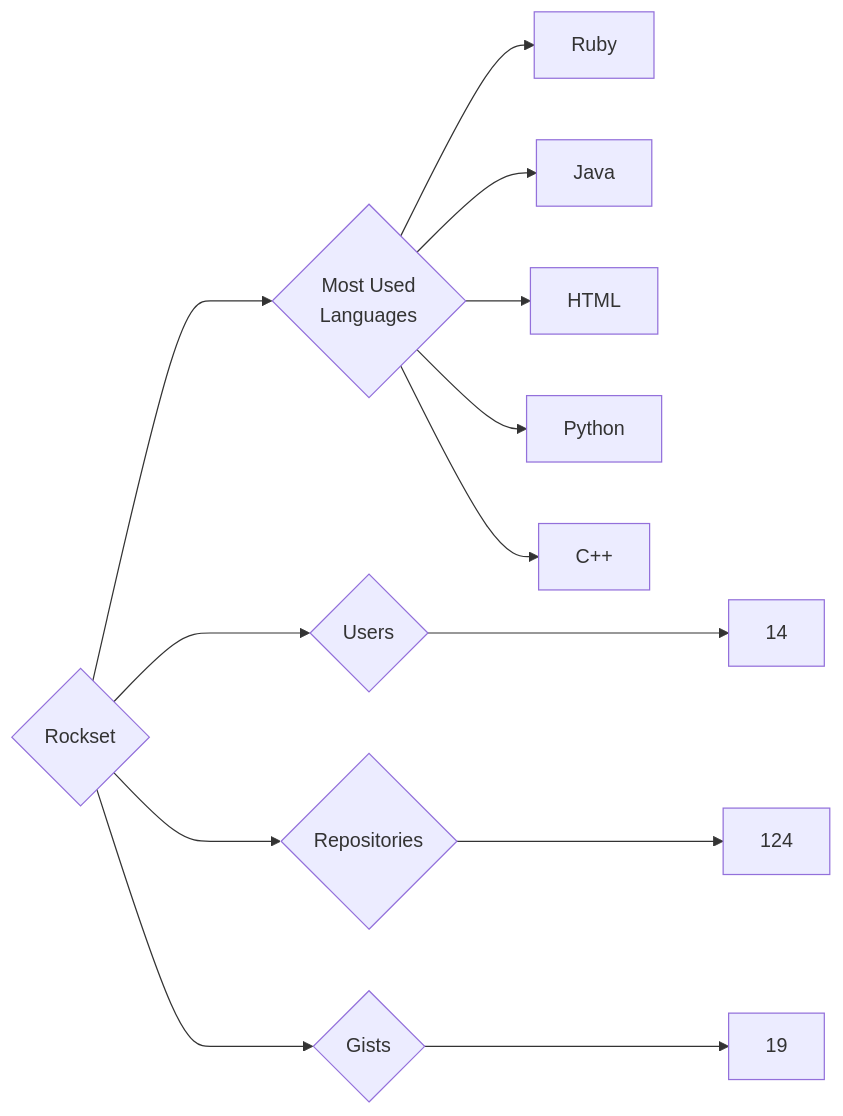
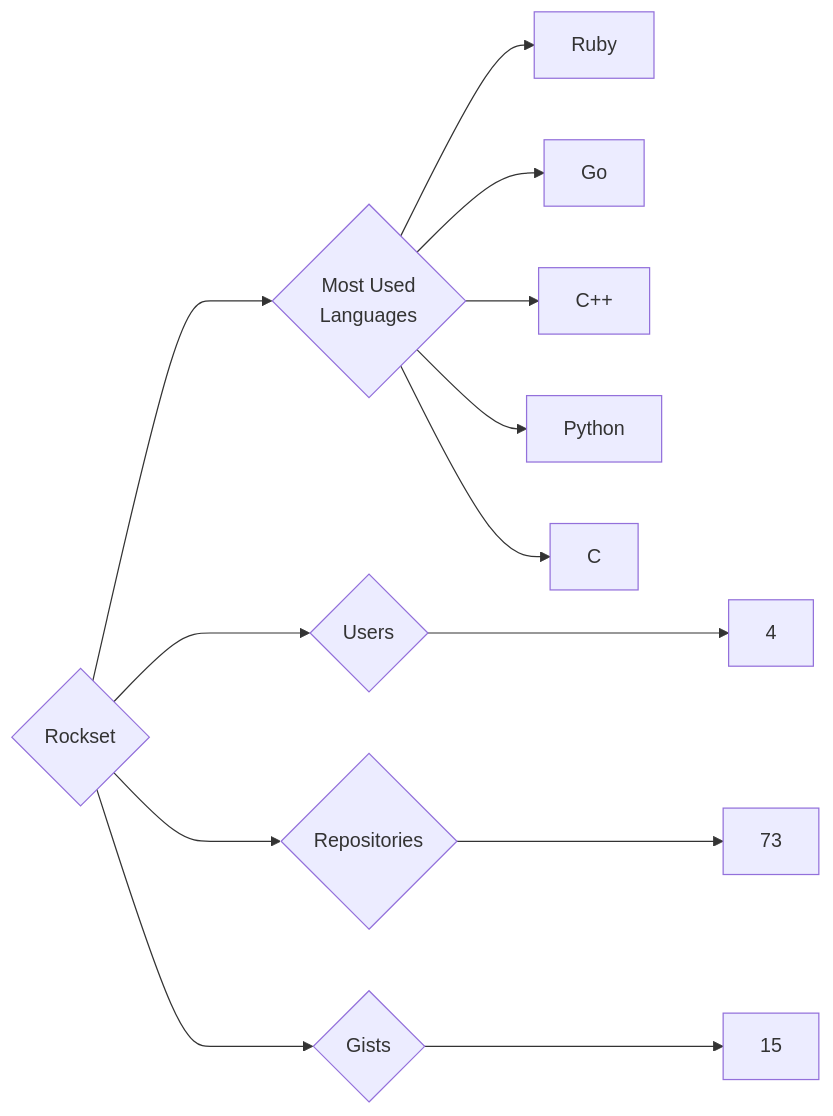
One commit to trickest/insiders changed the diagram in targets/Rockset/README.md. Above: the diagram before and after it, drawn with Mermaid. The commit also changed 799 other files, not shown here.

````diff
--- a/targets/Rockset/README.md
+++ b/targets/Rockset/README.md
@@ -3,13 +3,13 @@
 ```mermaid
 graph LR
 COMPANY_NAME{Rockset}
-COMPANY_NAME ---> U{Users} ---> UN[14]
-COMPANY_NAME ---> R{Repositories} ---> RN[124]
-COMPANY_NAME ---> G{Gists} ---> GN[19]
+COMPANY_NAME ---> U{Users} ---> UN[4]
+COMPANY_NAME ---> R{Repositories} ---> RN[73]
+COMPANY_NAME ---> G{Gists} ---> GN[15]
 COMPANY_NAME ---> ML{Most Used<br>Languages}
 ML --> Ruby[Ruby]
-ML --> Java[Java]
-ML --> HTML[HTML]
+ML --> Go[Go]
+ML --> C++[C++]
 ML --> Python[Python]
-ML --> C++[C++]
+ML --> C[C]
 ```
````
